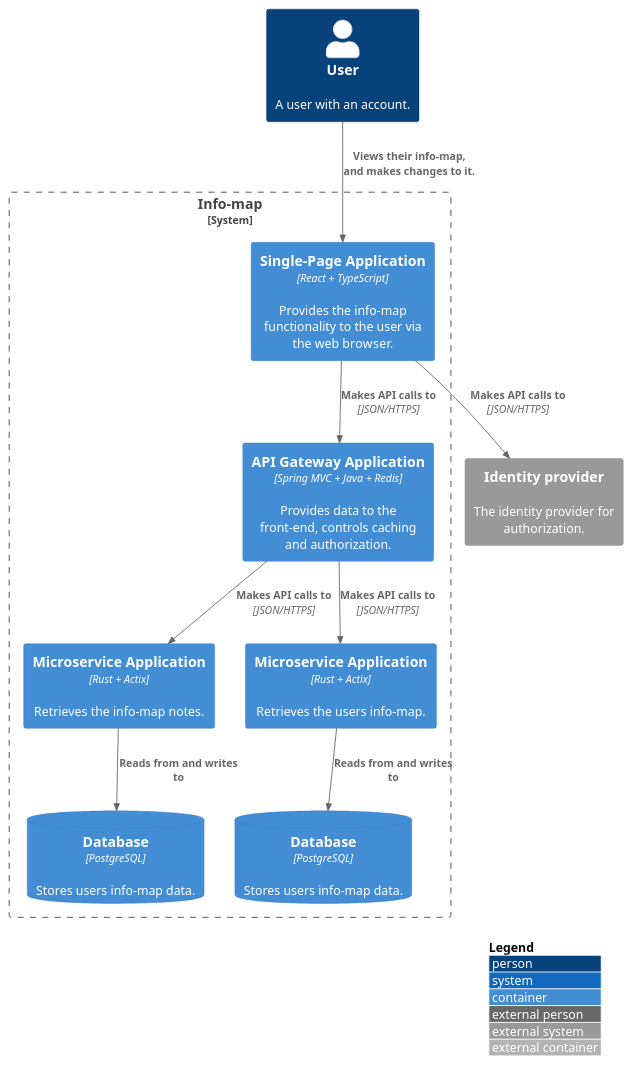
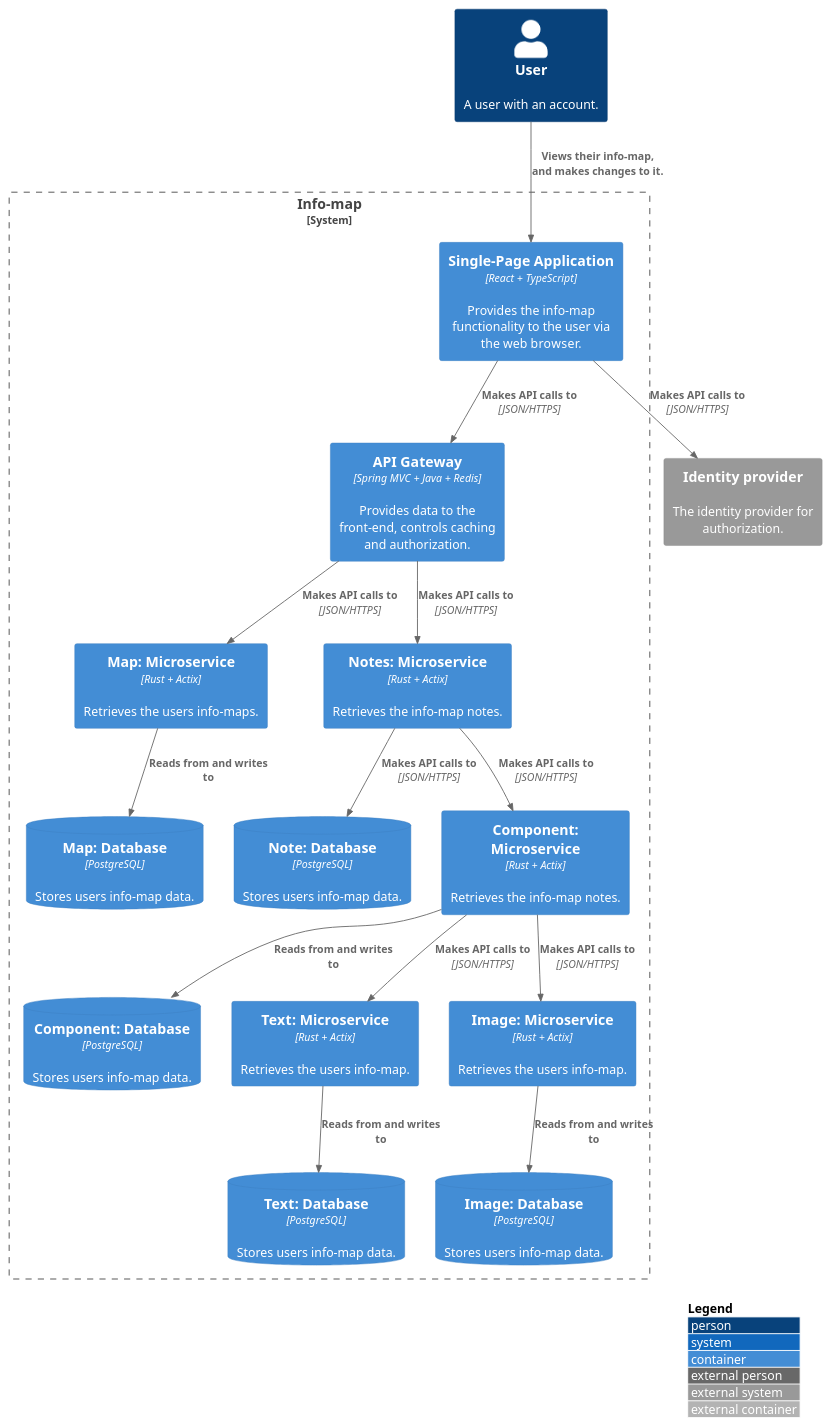
One commit to FHICT-S-Koen/info-map-docs changed the diagram in diagrams/container.puml. Above: the diagram before and after it, drawn with PlantUML.

Commit message:
Created new container design

```diff
--- a/diagrams/container.puml
+++ b/diagrams/container.puml
@@ -1,30 +1,48 @@
 @startuml C4_Elements
 !include https://raw.githubusercontent.com/plantuml-stdlib/C4-PlantUML/master/C4_Container.puml
 
 LAYOUT_WITH_LEGEND()
 
 Person(user, "User", "A user with an account.")
 
 System_Ext(auth, "Identity provider", "The identity provider for authorization.")
 
 System_Boundary(boundry, "Info-map"){
 	Container(spa, "Single-Page Application", "React + TypeScript", "Provides the info-map functionality to the user via the web browser.")
 
-	Container(api, "API Gateway Application", "Spring MVC + Java + Redis", "Provides data to the front-end, controls caching and authorization.")
+	Container(api, "API Gateway", "Spring MVC + Java + Redis", "Provides data to the front-end, controls caching and authorization.")
 	
-	Container(note_service, "Microservice Application", "Rust + Actix", "Retrieves the info-map notes.")
-	ContainerDb(note_db, "Database", "PostgreSQL", "Stores users info-map data.")
-	Container(map_service, "Microservice Application", "Rust + Actix", "Retrieves the users info-map.")
-	ContainerDb(map_db, "Database", "PostgreSQL", "Stores users info-map data.")
+	Container(map_service, "Map: Microservice", "Rust + Actix", "Retrieves the users info-maps.")
+	ContainerDb(map_db, "Map: Database", "PostgreSQL", "Stores users info-map data.")
+
+	Container(note_service, "Notes: Microservice", "Rust + Actix", "Retrieves the info-map notes.")
+	ContainerDb(note_db, "Note: Database", "PostgreSQL", "Stores users info-map data.")
+
+	Container(component_service, "Component: Microservice", "Rust + Actix", "Retrieves the info-map notes.")
+	ContainerDb(component_db, "Component: Database", "PostgreSQL", "Stores users info-map data.")
+
+	Container(text_service, "Text: Microservice", "Rust + Actix", "Retrieves the users info-map.")
+	ContainerDb(text_db, "Text: Database", "PostgreSQL", "Stores users info-map data.")
+
+	Container(image_service, "Image: Microservice", "Rust + Actix", "Retrieves the users info-map.")
+	ContainerDb(image_db, "Image: Database", "PostgreSQL", "Stores users info-map data.")
 }
 Rel(user, spa, "Views their info-map, and makes changes to it.")
 
 Rel(spa, api, "Makes API calls to", "JSON/HTTPS")
 Rel(spa, auth, "Makes API calls to", "JSON/HTTPS")
 
+Rel(api, map_service, "Makes API calls to", "JSON/HTTPS")
+Rel(map_service, map_db, "Reads from and writes to")
+
 Rel(api, note_service, "Makes API calls to", "JSON/HTTPS")
-Rel(api, map_service, "Makes API calls to", "JSON/HTTPS")
+Rel(note_service, component_service, "Makes API calls to", "JSON/HTTPS")
+Rel(note_service, note_db, "Makes API calls to", "JSON/HTTPS")
 
-Rel(note_service, note_db, "Reads from and writes to")
-Rel(map_service, map_db, "Reads from and writes to")
+Rel(component_service, image_service, "Makes API calls to", "JSON/HTTPS")
+Rel(component_service, text_service, "Makes API calls to", "JSON/HTTPS")
+
+Rel(component_service, component_db, "Reads from and writes to")
+Rel(text_service, text_db, "Reads from and writes to")
+Rel(image_service, image_db, "Reads from and writes to")
 @enduml
```
